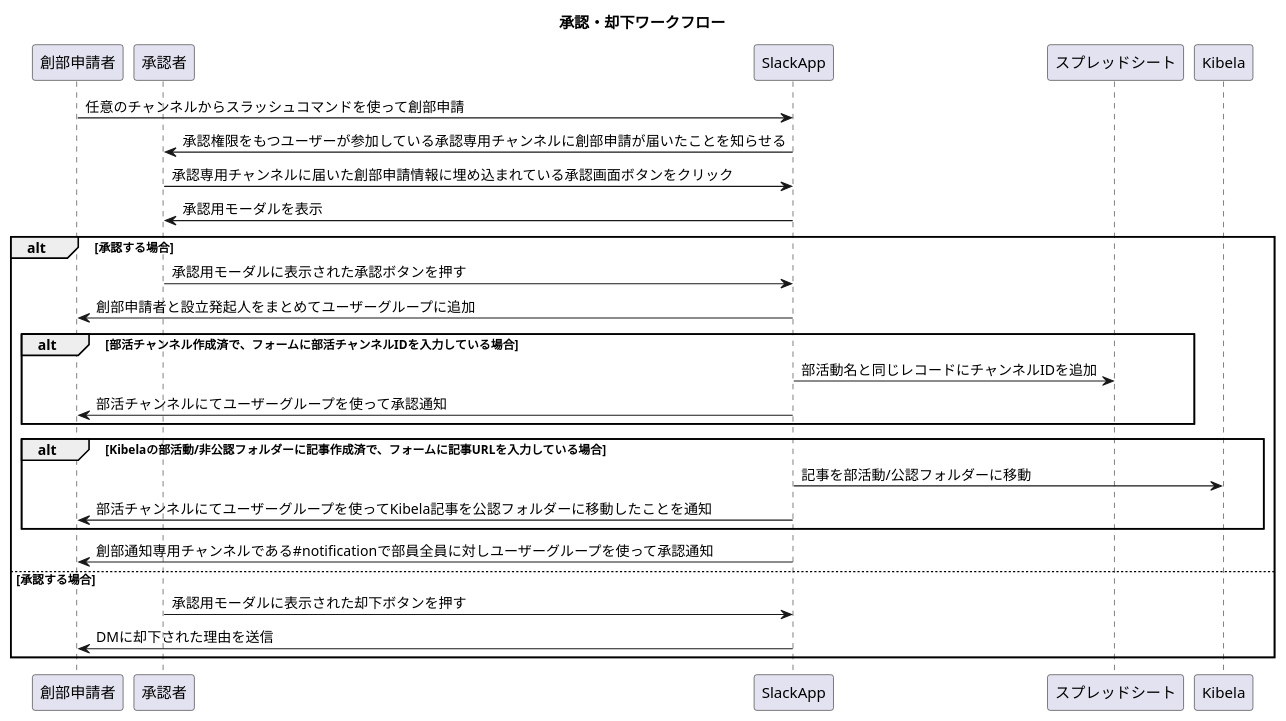
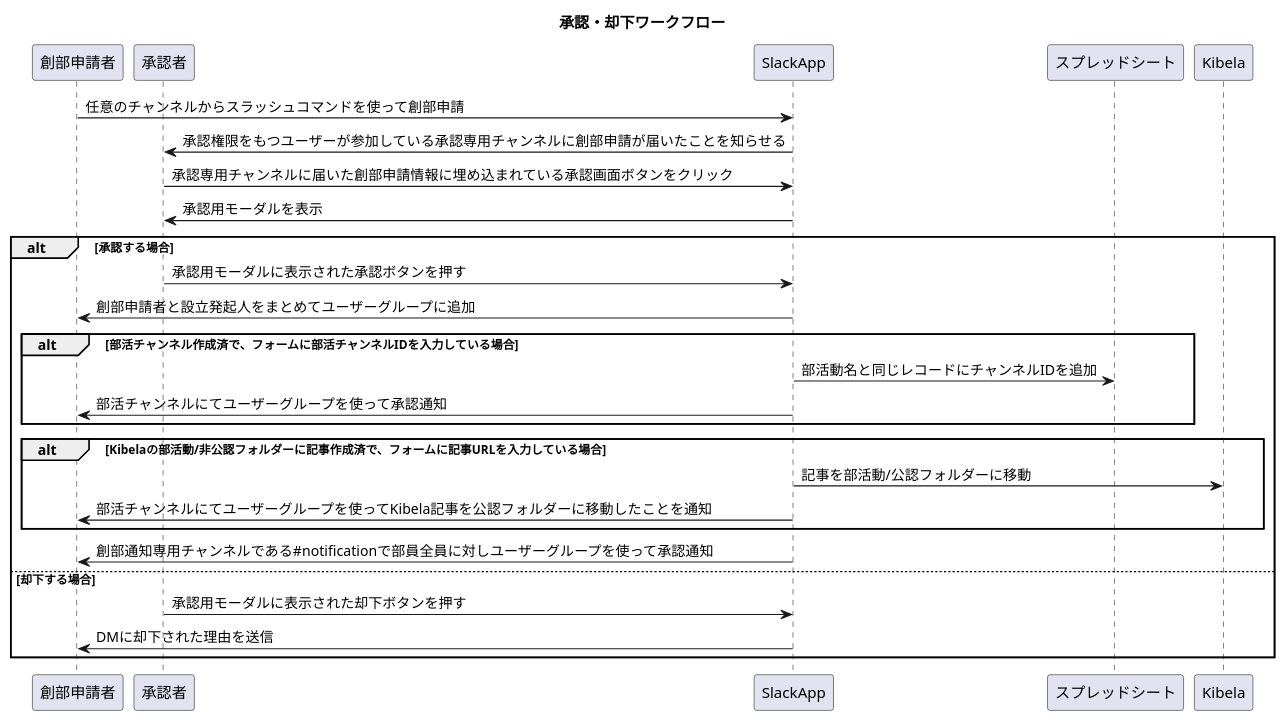
Before and after one commit to tam-bourine/club-entry-manager: the diagram in docs/sequence-diagram/ButtonFlow.pu, drawn with PlantUML.

```diff
--- a/docs/sequence-diagram/ButtonFlow.pu
+++ b/docs/sequence-diagram/ButtonFlow.pu
@@ -1,28 +1,28 @@
 @startuml
 title 承認・却下ワークフロー
 
 participant 創部申請者
 participant 承認者
 
 創部申請者 -> SlackApp: 任意のチャンネルからスラッシュコマンドを使って創部申請
 SlackApp -> 承認者: 承認権限をもつユーザーが参加している承認専用チャンネルに創部申請が届いたことを知らせる
 承認者 -> SlackApp: 承認専用チャンネルに届いた創部申請情報に埋め込まれている承認画面ボタンをクリック
 SlackApp -> 承認者: 承認用モーダルを表示
 
 alt 承認する場合
     承認者 -> SlackApp: 承認用モーダルに表示された承認ボタンを押す
     SlackApp -> 創部申請者: 創部申請者と設立発起人をまとめてユーザーグループに追加
     alt 部活チャンネル作成済で、フォームに部活チャンネルIDを入力している場合
         SlackApp -> スプレッドシート: 部活動名と同じレコードにチャンネルIDを追加
         SlackApp -> 創部申請者: 部活チャンネルにてユーザーグループを使って承認通知
     end
     alt Kibelaの部活動/非公認フォルダーに記事作成済で、フォームに記事URLを入力している場合
         SlackApp -> Kibela: 記事を部活動/公認フォルダーに移動
         創部申請者 <- SlackApp: 部活チャンネルにてユーザーグループを使ってKibela記事を公認フォルダーに移動したことを通知
     end
     SlackApp -> 創部申請者: 創部通知専用チャンネルである#notificationで部員全員に対しユーザーグループを使って承認通知
-else 承認する場合
+else 却下する場合
     承認者 -> SlackApp: 承認用モーダルに表示された却下ボタンを押す
     SlackApp -> 創部申請者: DMに却下された理由を送信
 end
 @enduml
```
